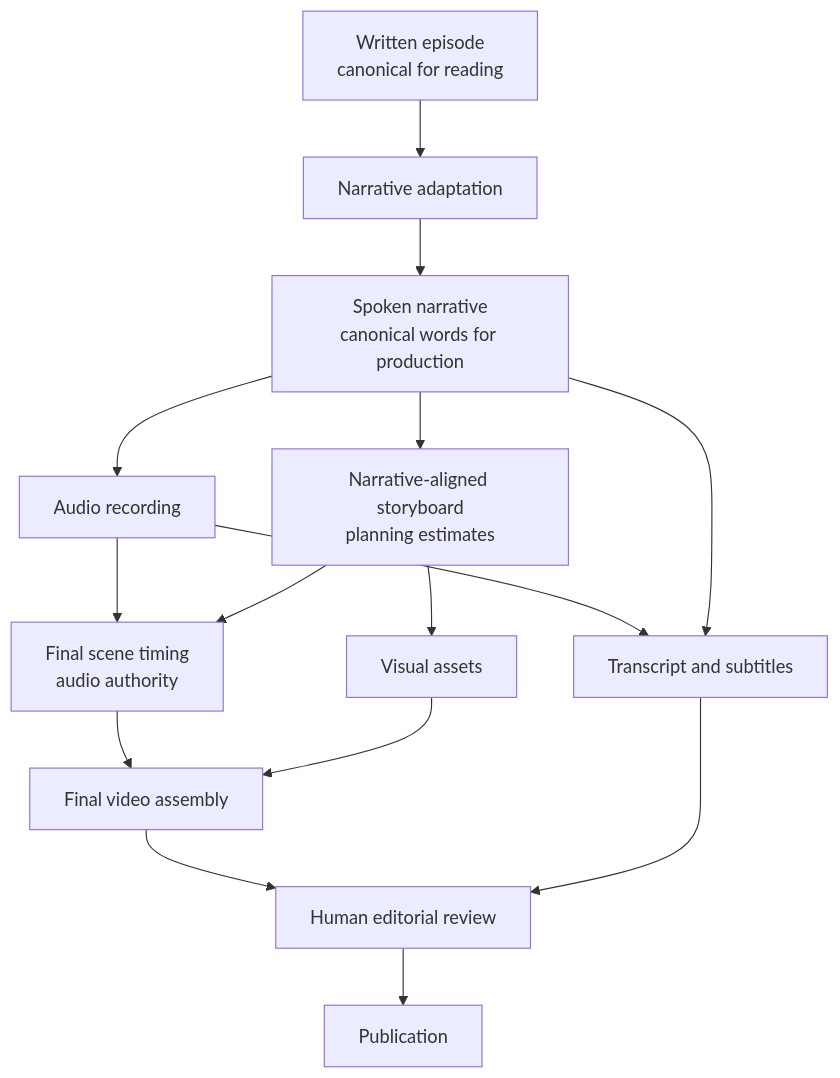
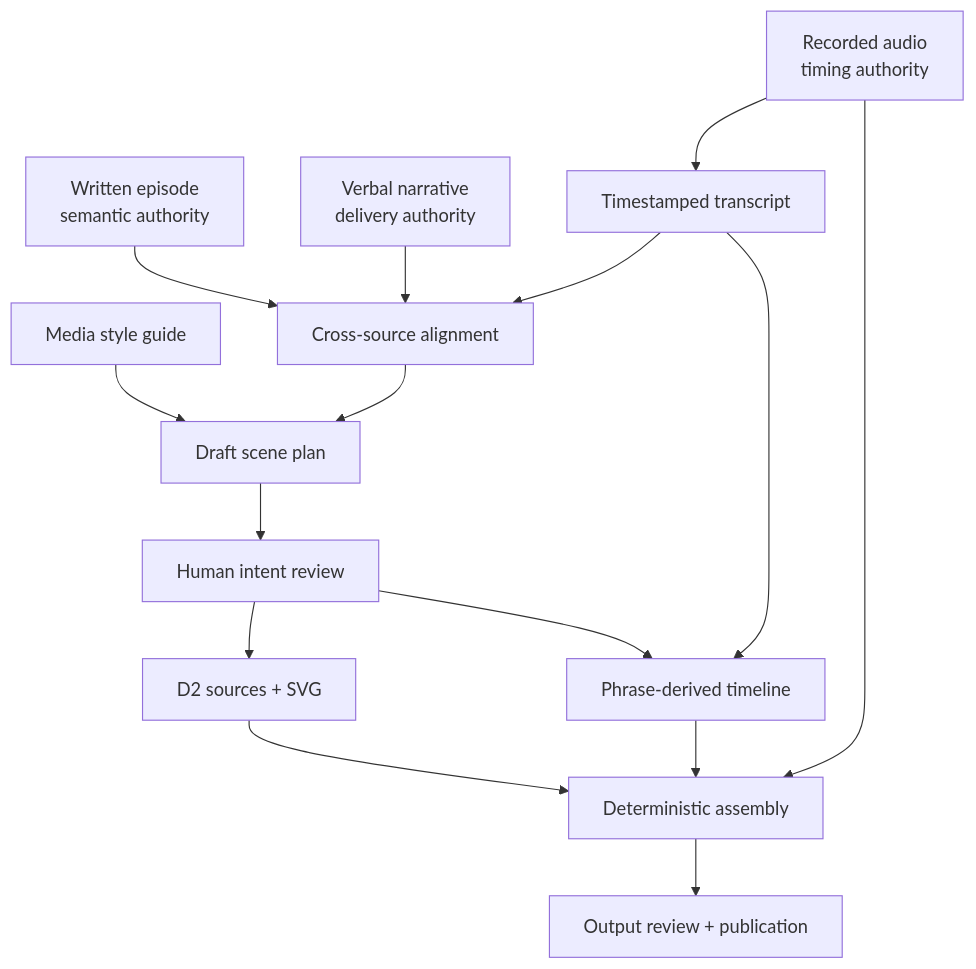
Before and after one commit to russelleast/articulate: the diagram in production/architecture/media-system.md, drawn with Mermaid. The commit also changed other lines of this file and 89 other files, not shown here.

First line of the commit message:
feat (ep4): published video and updated episode metadata and enhance video embedding for Episode 4

````diff
--- a/production/architecture/media-system.md
+++ b/production/architecture/media-system.md
@@ -47,17 +31,17 @@
 ```mermaid
 flowchart TD
-    A["Written episode<br/>canonical for reading"] --> B["Narrative adaptation"]
-    B --> C["Spoken narrative<br/>canonical words for production"]
-    C --> D["Audio recording"]
-    C --> E["Narrative-aligned storyboard<br/>planning estimates"]
-    D --> F["Final scene timing<br/>audio authority"]
+    A["Written episode<br/>semantic authority"] --> E["Cross-source alignment"]
+    B["Verbal narrative<br/>delivery authority"] --> E
+    C["Recorded audio<br/>timing authority"] --> D["Timestamped transcript"]
+    D --> E
+    S["Media style guide"] --> F["Draft scene plan"]
     E --> F
-    E --> G["Visual assets"]
-    F --> H["Final video assembly"]
-    G --> H
-    D --> I["Transcript and subtitles"]
-    C --> I
-    H --> J["Human editorial review"]
+    F --> G["Human intent review"]
+    G --> H["D2 sources + SVG"]
+    G --> I["Phrase-derived timeline"]
+    D --> I
+    H --> J["Deterministic assembly"]
     I --> J
-    J --> K["Publication"]
+    C --> J
+    J --> K["Output review + publication"]
 ```
````
